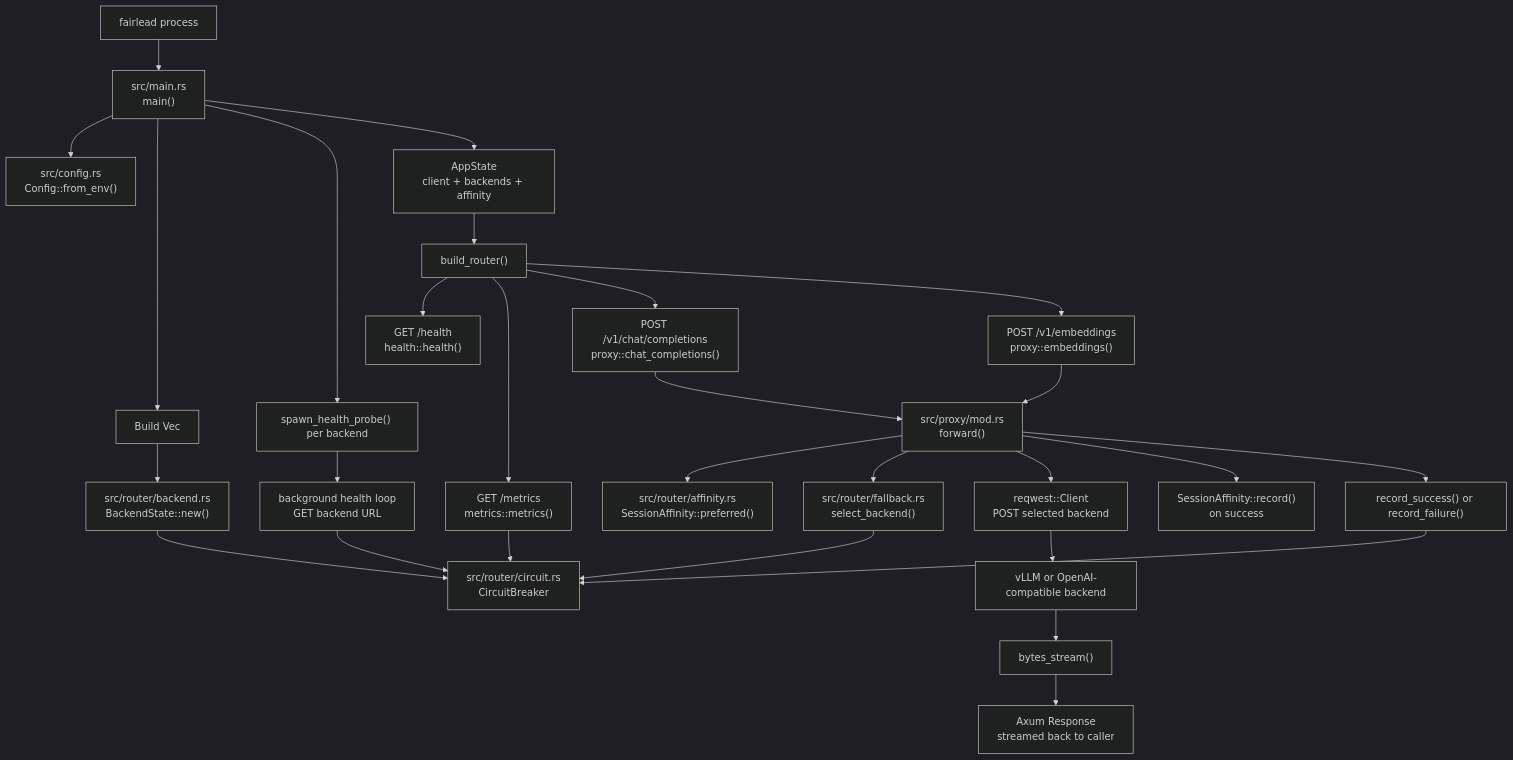
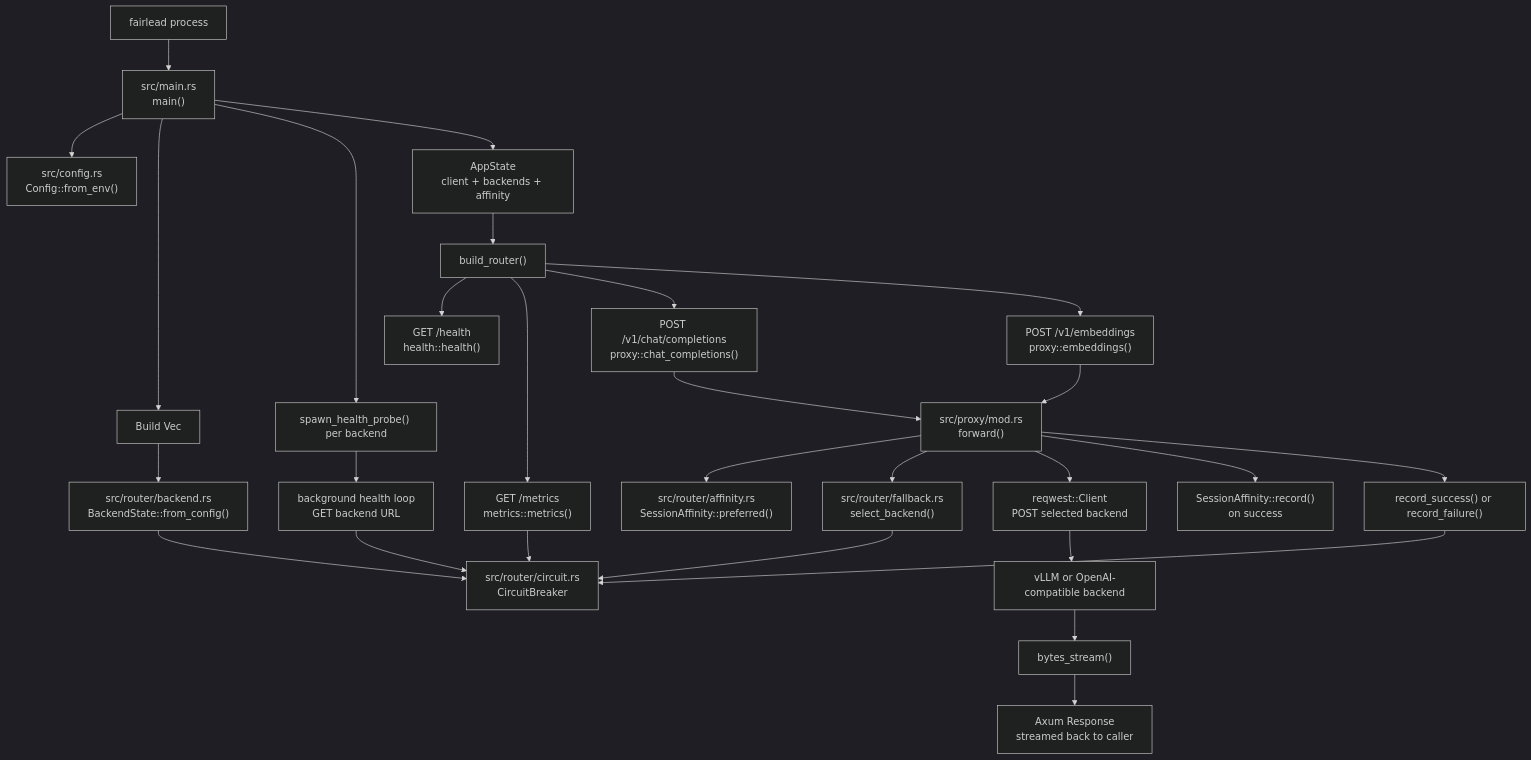
One commit to ybordag/fairlead changed the diagram in docs/code_walkthrough.md. Above: the diagram before and after it, drawn with Mermaid (dark theme). The commit also changed other lines of this file and 11 other files, not shown here.

````diff
--- a/docs/code_walkthrough.md
+++ b/docs/code_walkthrough.md
@@ -26,39 +26,39 @@
 ```mermaid
 flowchart TD
     process["fairlead process"] --> main["src/main.rs\nmain()"]
 
     main --> cfg["src/config.rs\nConfig::from_env()"]
     main --> backend_build["Build Vec<BackendState>"]
-    backend_build --> backend_state["src/router/backend.rs\nBackendState::new()"]
+    backend_build --> backend_state["src/router/backend.rs\nBackendState::from_config()"]
     backend_state --> circuit["src/router/circuit.rs\nCircuitBreaker"]
 
     main --> probes["spawn_health_probe() per backend"]
     probes --> probe_loop["background health loop\nGET backend URL"]
     probe_loop --> circuit
 
     main --> app_state["AppState\nclient + backends + affinity"]
     app_state --> router_build["build_router()"]
 
     router_build --> health_route["GET /health\nhealth::health()"]
     router_build --> metrics_route["GET /metrics\nmetrics::metrics()"]
     router_build --> chat_route["POST /v1/chat/completions\nproxy::chat_completions()"]
     router_build --> embed_route["POST /v1/embeddings\nproxy::embeddings()"]
 
     chat_route --> forward["src/proxy/mod.rs\nforward()"]
     embed_route --> forward
 
     forward --> affinity_read["src/router/affinity.rs\nSessionAffinity::preferred()"]
     forward --> select["src/router/fallback.rs\nselect_backend()"]
     select --> circuit
 
     forward --> reqwest["reqwest::Client\nPOST selected backend"]
     reqwest --> upstream["vLLM or OpenAI-compatible backend"]
     upstream --> stream["bytes_stream()"]
     stream --> caller["Axum Response\nstreamed back to caller"]
 
     forward --> affinity_write["SessionAffinity::record()\non success"]
     forward --> circuit_update["record_success() or record_failure()"]
     circuit_update --> circuit
 
     metrics_route --> circuit
 ```
````
